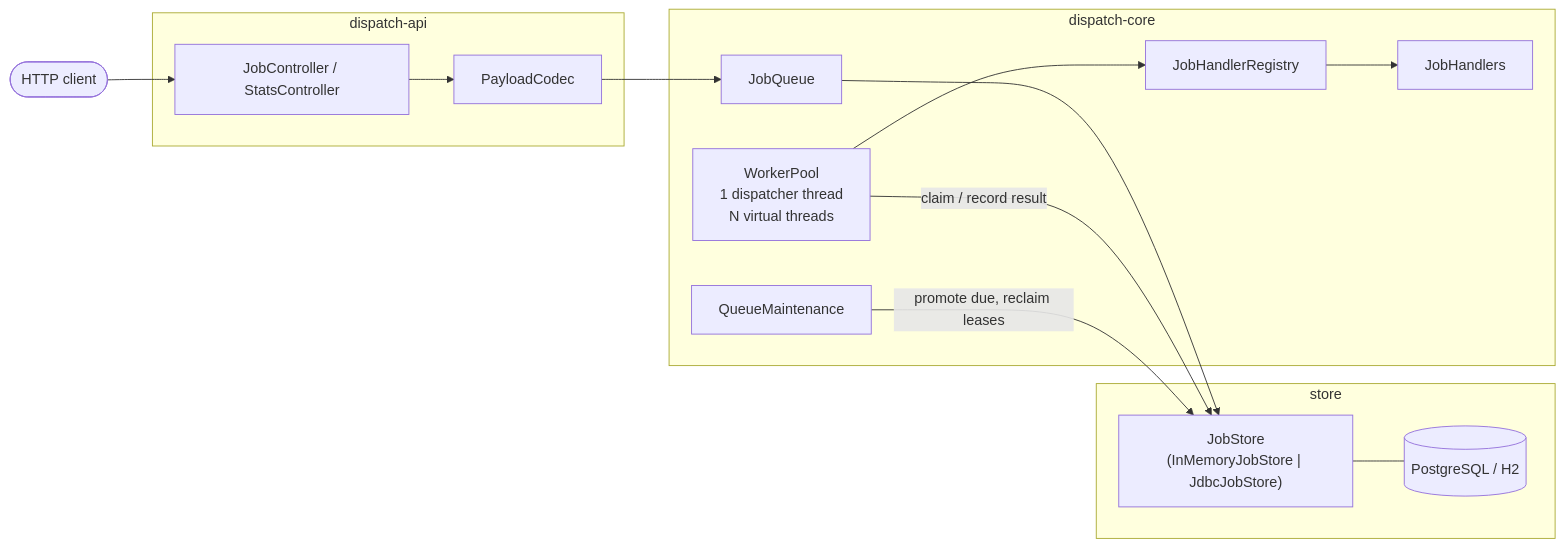
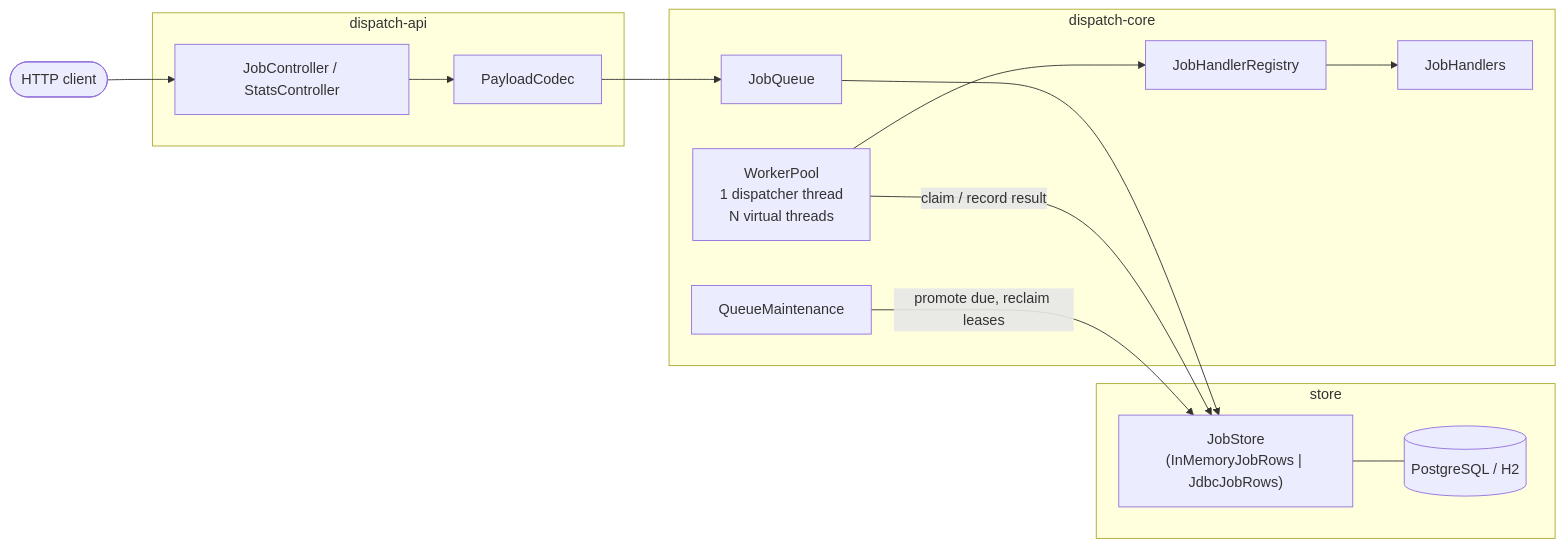
One commit to maltemindedal/dispatch changed the diagram in docs/architecture/overview.md. Above: the diagram before and after it, drawn with Mermaid. The commit also changed other lines of this file and 33 other files, not shown here.

````diff
--- a/docs/architecture/overview.md
+++ b/docs/architecture/overview.md
@@ -20,29 +20,29 @@
 ```mermaid
 flowchart LR
     client([HTTP client])
 
     subgraph api [dispatch-api]
         controllers["JobController / StatsController"]
         codec[PayloadCodec]
     end
 
     subgraph core [dispatch-core]
         queue[JobQueue]
         pool["WorkerPool<br/>1 dispatcher thread<br/>N virtual threads"]
         sweeper[QueueMaintenance]
         registry[JobHandlerRegistry]
         handlers["JobHandlers"]
     end
 
     subgraph storage [store]
-        jobstore["JobStore<br/>(InMemoryJobStore | JdbcJobStore)"]
+        jobstore["JobStore<br/>(InMemoryJobRows | JdbcJobRows)"]
         db[("PostgreSQL / H2")]
     end
 
     client --> controllers --> codec --> queue
     queue --> jobstore
     pool -- "claim / record result" --> jobstore
     sweeper -- "promote due, reclaim leases" --> jobstore
     pool --> registry --> handlers
     jobstore --- db
 ```
````
